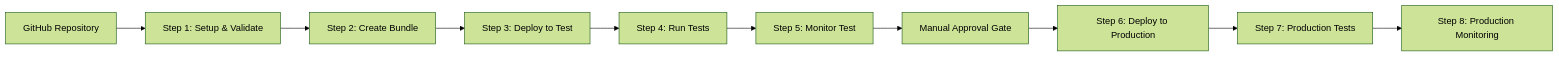
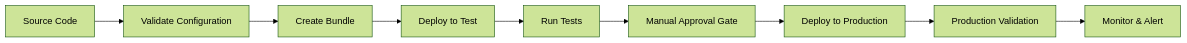
One commit to aws/CICD-for-SageMakerUnifiedStudio changed the first of 2 diagrams in experimental/SMUS-CICD-pipeline-cli/docs/github-actions-integration.md. Above: the diagram before and after it, drawn with Mermaid (forest theme). The commit also changed other lines of this file and 2 other files, not shown here.

Commit message:
fix security issue as the repository still does not exists on pypy

````diff
--- a/experimental/SMUS-CICD-pipeline-cli/docs/github-actions-integration.md
+++ b/experimental/SMUS-CICD-pipeline-cli/docs/github-actions-integration.md
@@ -11,12 +22,11 @@
 ```mermaid
 graph LR
-    A[GitHub Repository] --> B[Step 1: Setup & Validate]
-    B --> C[Step 2: Create Bundle]
-    C --> D[Step 3: Deploy to Test]
-    D --> E[Step 4: Run Tests]
-    E --> F[Step 5: Monitor Test]
-    F --> G[Manual Approval Gate]
-    G --> H[Step 6: Deploy to Production]
-    H --> I[Step 7: Production Tests]
-    I --> J[Step 8: Production Monitoring]
+    A[Source Code] --> B[Validate Configuration]
+    B --> C[Create Bundle]
+    C --> D[Deploy to Test]
+    D --> E[Run Tests]
+    E --> F[Manual Approval Gate]
+    F --> G[Deploy to Production]
+    G --> H[Production Validation]
+    H --> I[Monitor & Alert]
 ```
````
